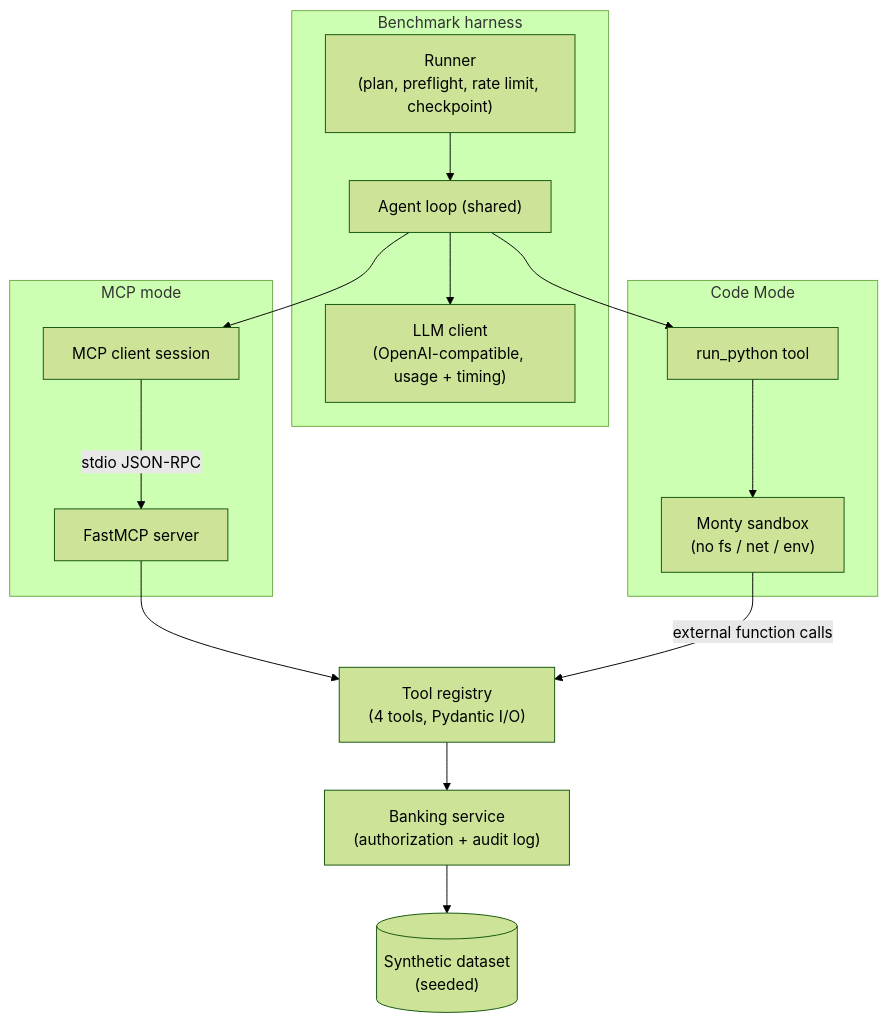
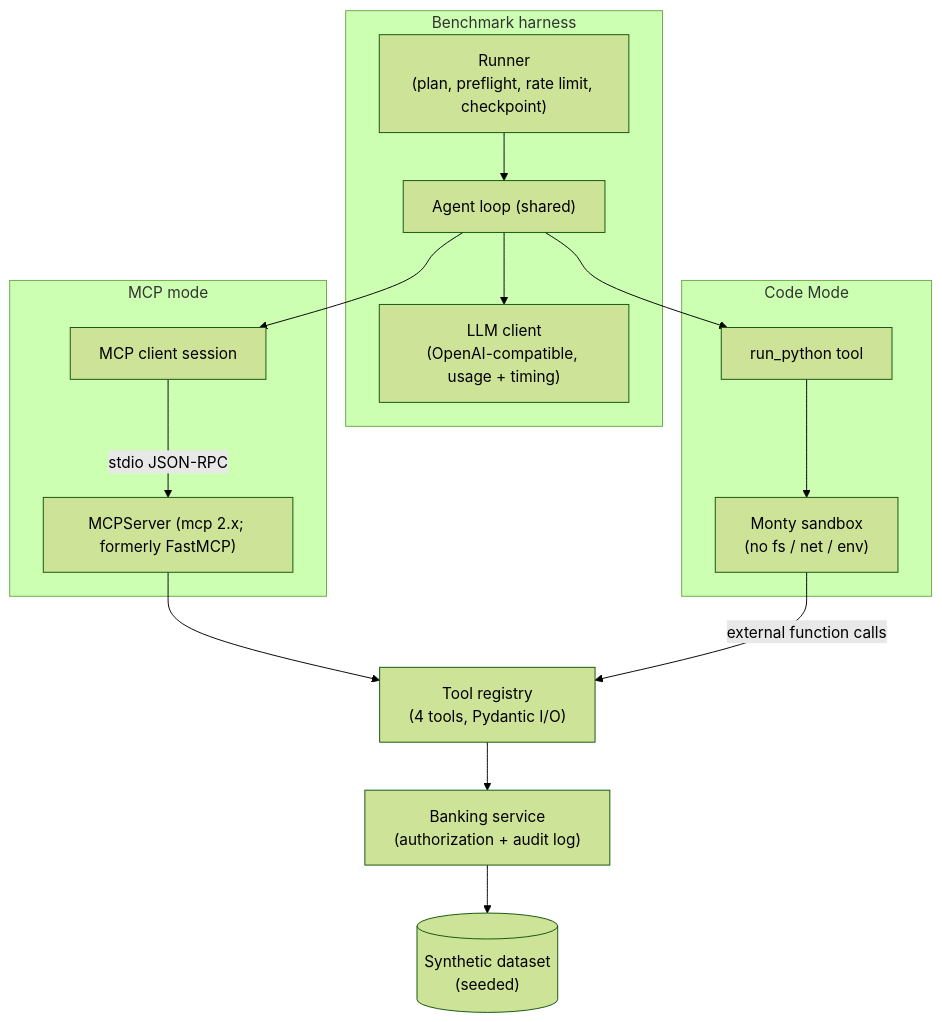
The diagram in experiments/01-mcp-vs-code-mode/README.md (ferozyk/ai-engineering-lab), drawn with Mermaid (forest theme) before and after one commit. The commit also changed other lines of this file and 3 other files, not shown here.

````diff
--- a/experiments/01-mcp-vs-code-mode/README.md
+++ b/experiments/01-mcp-vs-code-mode/README.md
@@ -96,23 +96,23 @@
 ```mermaid
 flowchart TB
     subgraph Harness["Benchmark harness"]
         Runner["Runner<br/>(plan, preflight, rate limit, checkpoint)"]
         Loop["Agent loop (shared)"]
         LLM["LLM client<br/>(OpenAI-compatible, usage + timing)"]
     end
     subgraph MCPMode["MCP mode"]
-        MCPClient["MCP client session"] -->|stdio JSON-RPC| MCPServer["FastMCP server"]
+        MCPClient["MCP client session"] -->|stdio JSON-RPC| MCPServer["MCPServer (mcp 2.x; formerly FastMCP)"]
     end
     subgraph CodeMode["Code Mode"]
         RunPy["run_python tool"] --> Monty["Monty sandbox<br/>(no fs / net / env)"]
     end
     Registry["Tool registry<br/>(4 tools, Pydantic I/O)"]
     Bank["Banking service<br/>(authorization + audit log)"]
     Data[("Synthetic dataset<br/>(seeded)")]
     Runner --> Loop --> LLM
     Loop --> MCPClient
     Loop --> RunPy
     MCPServer --> Registry
     Monty -->|external function calls| Registry
     Registry --> Bank --> Data
 ```
````
